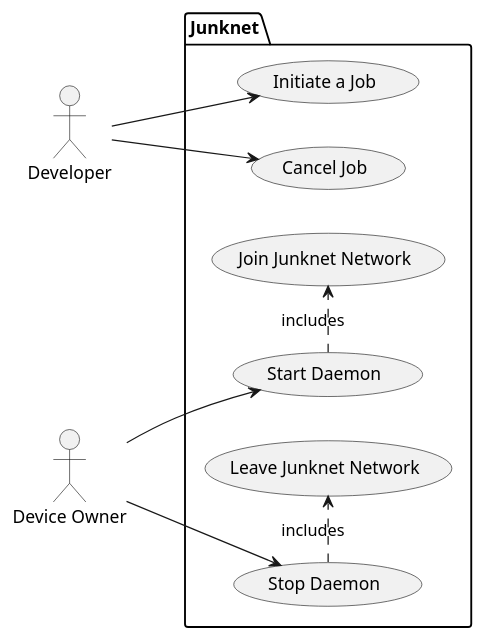
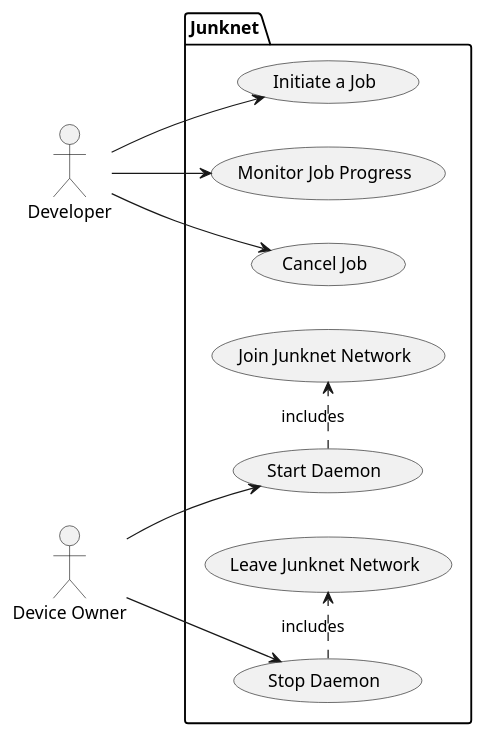
The diagram in UseCase/usecase.plantuml (cs130-w21/1), drawn with PlantUML before and after one commit.

Commit message:
Add Job Progress Monitoring to UML Usecase Diagram.

```diff
--- a/UseCase/usecase.plantuml
+++ b/UseCase/usecase.plantuml
@@ -1,22 +1,24 @@
 @startuml
 
 left to right direction
 
 actor Developer as developer
 actor "Device Owner" as DevOwn
 package Junknet { 
 	usecase (Initiate a Job) as initiate
+	usecase (Monitor Job Progress) as monitor
 	usecase (Cancel Job) as cancel
-        usecase (Start Daemon) as start
-        usecase (Stop Daemon) as stop
+	usecase (Start Daemon) as start
+	usecase (Stop Daemon) as stop
 	usecase (Join Junknet Network) as join_network
 	usecase (Leave Junknet Network) as leave_network
 }
 
 developer --> initiate
 developer --> cancel
+developer --> monitor
 DevOwn --> start
 DevOwn --> stop
 start .> join_network : includes
 stop .> leave_network : includes
 @enduml
```
